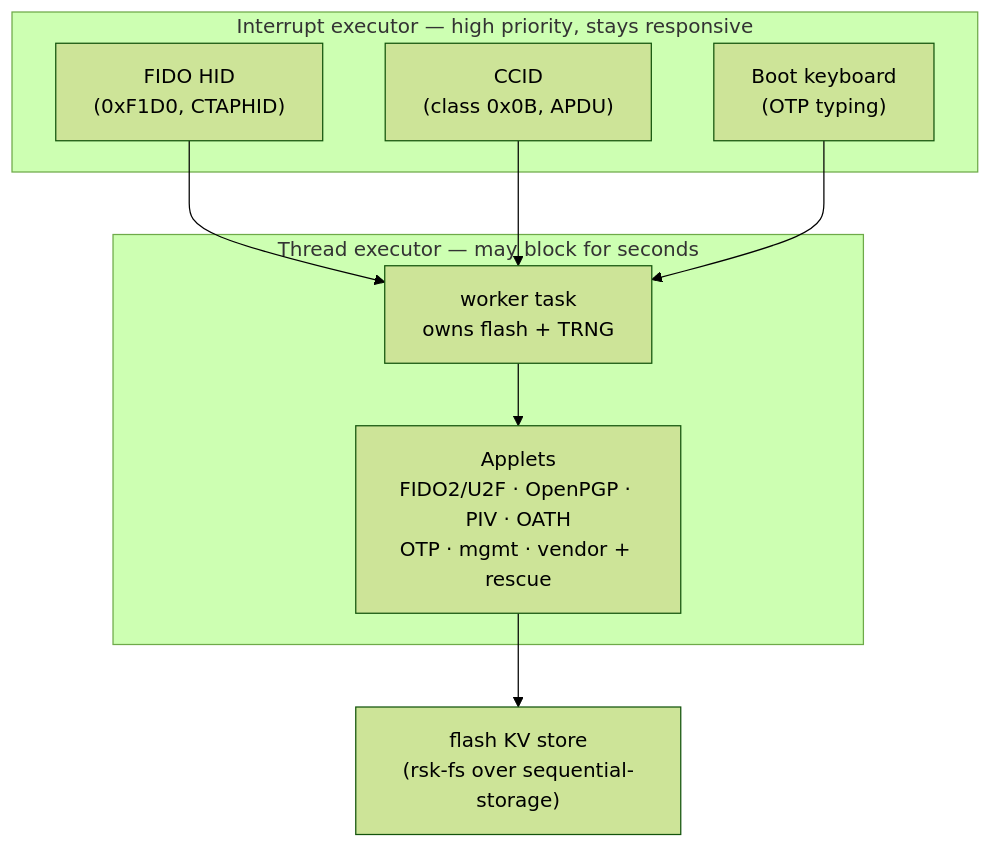
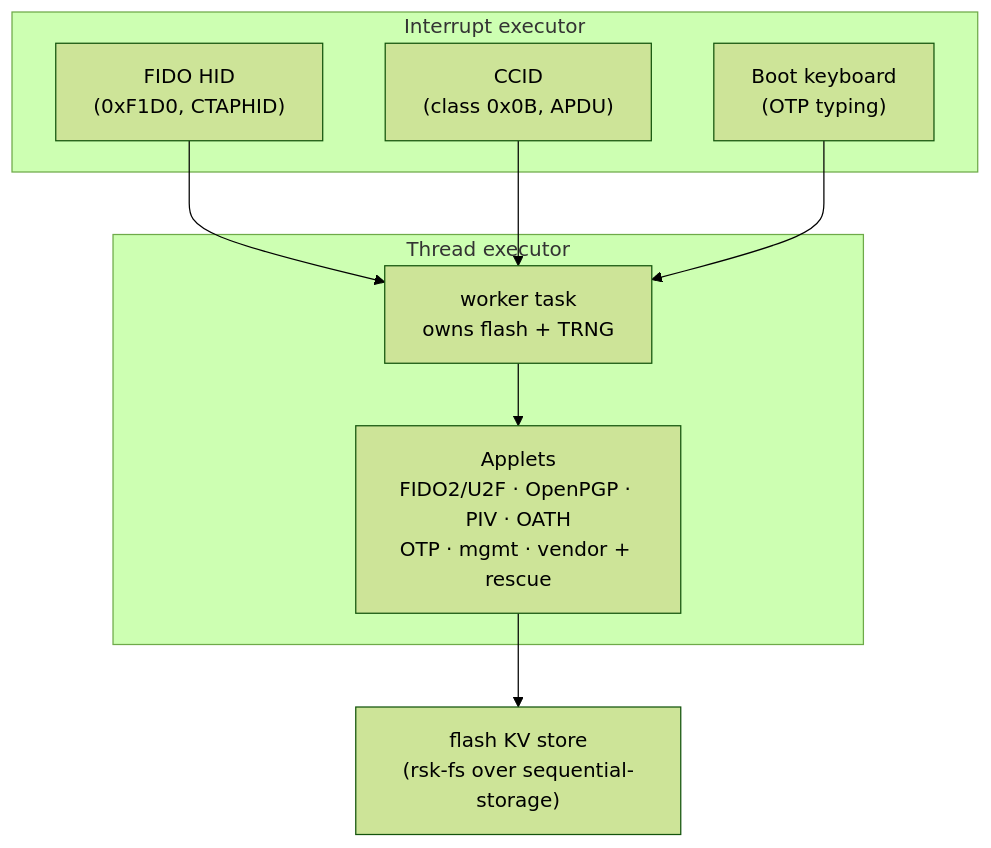
Before and after one commit to librekeys/RS-Key: the diagram in docs/architecture.md, drawn with Mermaid (forest theme). The commit also changed 3 other files, not shown here.

````diff
--- a/docs/architecture.md
+++ b/docs/architecture.md
@@ -13,16 +13,16 @@
 ```mermaid
 flowchart TD
-    subgraph irq["Interrupt executor — high priority, stays responsive"]
+    subgraph irq["Interrupt executor"]
       fido["FIDO HID<br/>(0xF1D0, CTAPHID)"]
       ccid["CCID<br/>(class 0x0B, APDU)"]
       kbd["Boot keyboard<br/>(OTP typing)"]
     end
     fido --> worker
     ccid --> worker
     kbd --> worker
-    subgraph thread["Thread executor — may block for seconds"]
+    subgraph thread["Thread executor"]
       worker["worker task<br/>owns flash + TRNG"]
       worker --> applets["Applets<br/>FIDO2/U2F · OpenPGP · PIV · OATH<br/>OTP · mgmt · vendor + rescue"]
     end
     applets --> fs["flash KV store<br/>(rsk-fs over sequential-storage)"]
 ```
````
